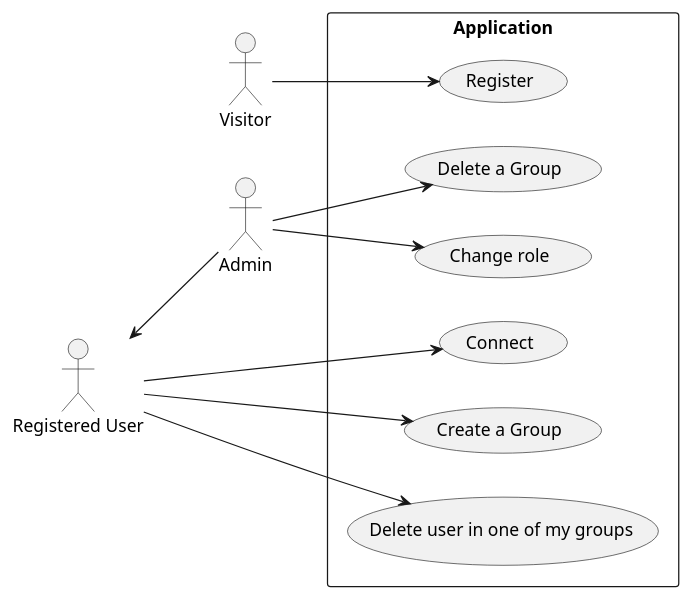
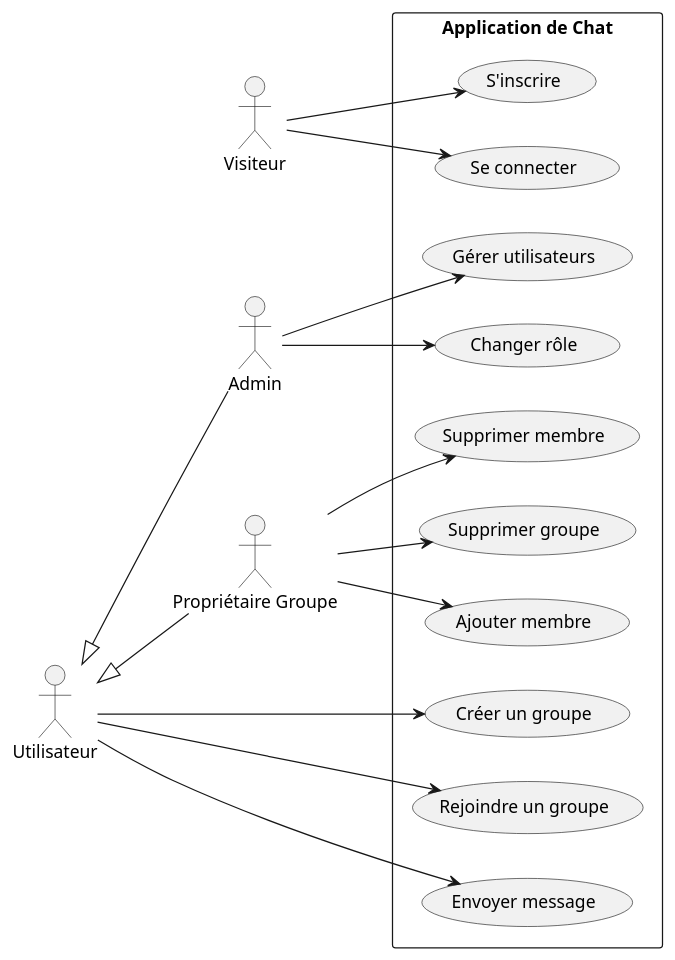
Before and after one commit to morchidy/YMCHAT: the first of 3 diagrams in README.md, drawn with PlantUML. The commit also changed other lines of this file and 14 other files, not shown here.

````diff
--- a/README.md
+++ b/README.md
@@ -27,24 +97,36 @@
 ```plantuml
 @startuml
 left to right direction
-actor "Visitor" as v
-actor "Registered User" as u
+actor "Visiteur" as v
+actor "Utilisateur" as u
 actor "Admin" as a
-u <-- a
-rectangle Application {
-  usecase "Register" as R
-  usecase "Connect" as C
-  usecase "Create a Group" as CG
-  usecase "Add user in one of my groups" as AU
-  usecase "Delete user in one of my groups" as AU
-  usecase "Delete a Group" as DG
-  usecase "Change role" as CR
+actor "Propriétaire Groupe" as pg
+
+u <|-- a
+u <|-- pg
+
+rectangle "Application de Chat" {
+  usecase "S'inscrire" as UC1
+  usecase "Se connecter" as UC2
+  usecase "Créer un groupe" as UC3
+  usecase "Rejoindre un groupe" as UC4
+  usecase "Envoyer message" as UC5
+  usecase "Ajouter membre" as UC6
+  usecase "Supprimer membre" as UC7
+  usecase "Supprimer groupe" as UC8
+  usecase "Gérer utilisateurs" as UC9
+  usecase "Changer rôle" as UC10
 }
-a --> DG
-a --> CR
-v --> R
-u --> C
-u --> AU
-u --> CG
+
+v --> UC1
+v --> UC2
+u --> UC3
+u --> UC4
+u --> UC5
+pg --> UC6
+pg --> UC7
+pg --> UC8
+a --> UC9
+a --> UC10
 @enduml
 ```
````
